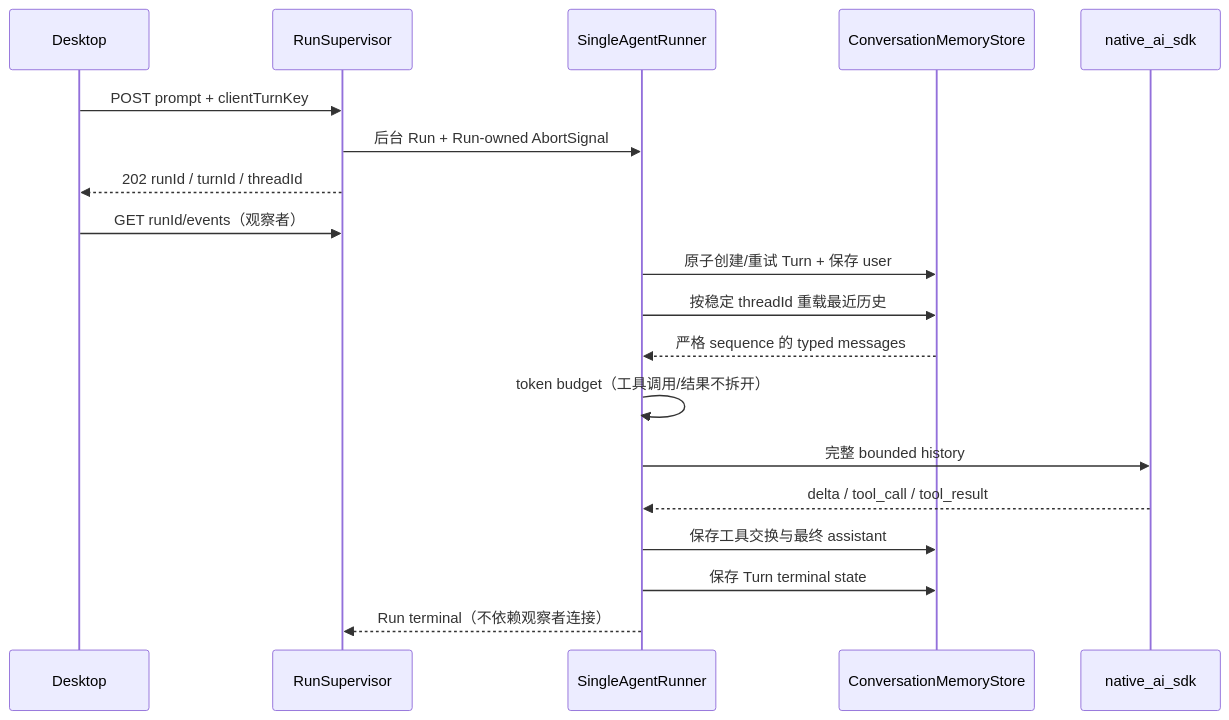
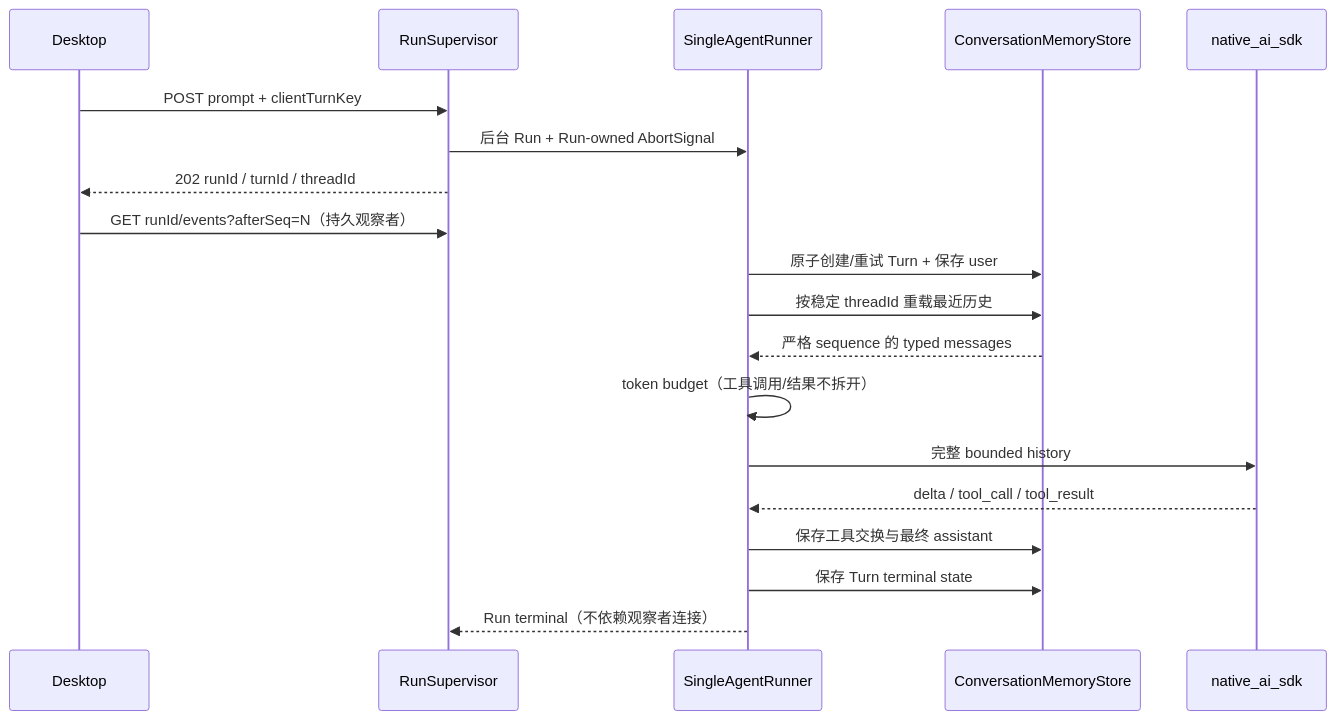
Before and after one commit to Haosen-Zhang/Socrates: the eighth of 8 diagrams in doc/architecture.md, drawn with Mermaid. The commit also changed other lines of this file and 21 other files, not shown here.

````diff
--- a/doc/architecture.md
+++ b/doc/architecture.md
@@ -371,21 +371,21 @@
 ```mermaid
 sequenceDiagram
   participant U as Desktop
   participant S as RunSupervisor
   participant R as SingleAgentRunner
   participant M as ConversationMemoryStore
   participant N as native_ai_sdk
   U->>S: POST prompt + clientTurnKey
   S->>R: 后台 Run + Run-owned AbortSignal
   S-->>U: 202 runId / turnId / threadId
-  U->>S: GET runId/events（观察者）
+  U->>S: GET runId/events?afterSeq=N（持久观察者）
   R->>M: 原子创建/重试 Turn + 保存 user
   R->>M: 按稳定 threadId 重载最近历史
   M-->>R: 严格 sequence 的 typed messages
   R->>R: token budget（工具调用/结果不拆开）
   R->>N: 完整 bounded history
   N-->>R: delta / tool_call / tool_result
   R->>M: 保存工具交换与最终 assistant
   R->>M: 保存 Turn terminal state
   R-->>S: Run terminal（不依赖观察者连接）
 ```
````
